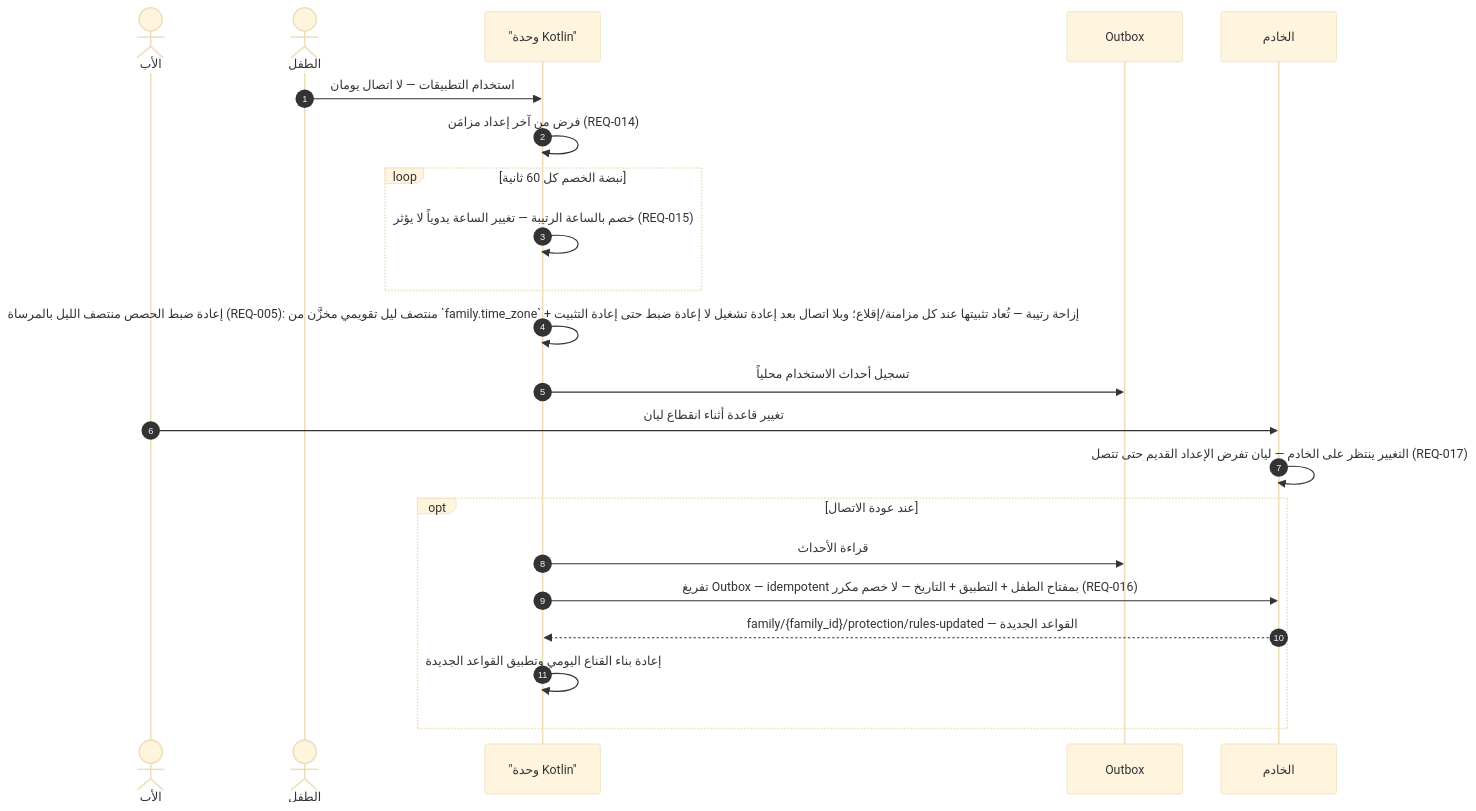
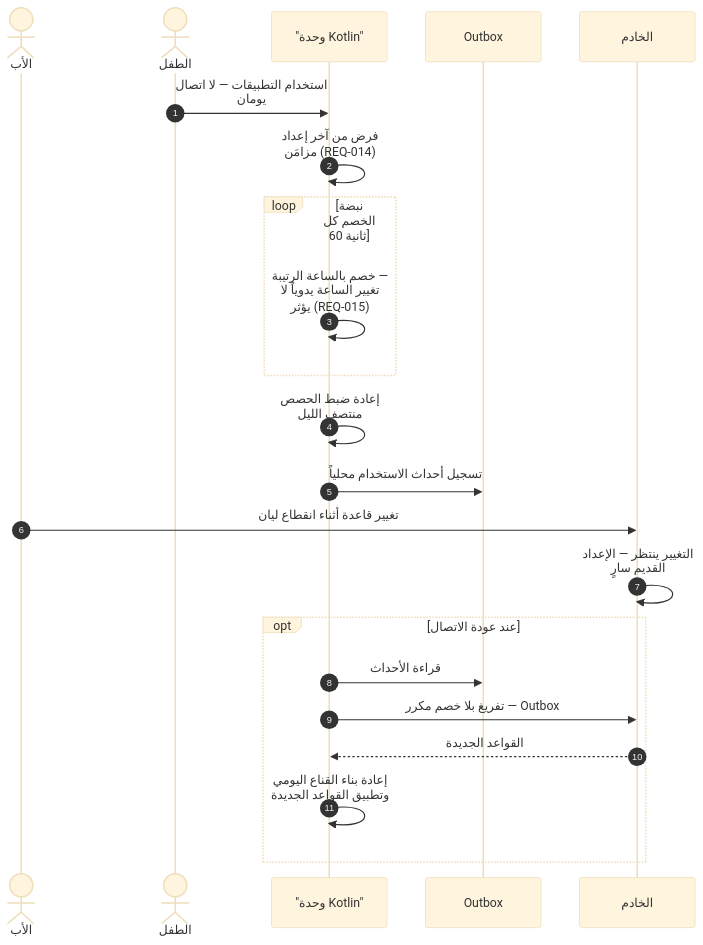
Before and after one commit to Bassam-mohammed-alqaeadi/family-os-v2: diagram 12 of 45 in docs/family-os/governance/phases/phase-1/S1-10-protection-and-enforcement/DIAGRAMS.md, drawn with Mermaid (base theme). The commit also changed other lines of this file, not shown here.

````diff
--- a/docs/family-os/governance/phases/phase-1/S1-10-protection-and-enforcement/DIAGRAMS.md
+++ b/docs/family-os/governance/phases/phase-1/S1-10-protection-and-enforcement/DIAGRAMS.md
@@ -604,24 +648,25 @@
 ```mermaid
+%%{init: {"sequence": {"wrap": true}}}%%
 sequenceDiagram
     autonumber
     actor Father as الأب
     actor Child as الطفل
     participant K as "وحدة Kotlin"
     participant OB as Outbox
     participant Ktor as الخادم
     Child->>K: استخدام التطبيقات — لا اتصال يومان
     K->>K: فرض من آخر إعداد مزامَن (REQ-014)
     loop نبضة الخصم كل 60 ثانية
         K->>K: خصم بالساعة الرتيبة — تغيير الساعة يدوياً لا يؤثر (REQ-015)
     end
-    K->>K: إعادة ضبط الحصص منتصف الليل بالمرساة (REQ-005): منتصف ليل تقويمي مخزَّن من `family.time_zone` + إزاحة رتيبة — تُعاد تثبيتها عند كل مزامنة/إقلاع؛ وبلا اتصال بعد إعادة تشغيل لا إعادة ضبط حتى إعادة التثبيت
+    K->>K: إعادة ضبط الحصص منتصف الليل
     K->>OB: تسجيل أحداث الاستخدام محلياً
     Father->>Ktor: تغيير قاعدة أثناء انقطاع ليان
-    Ktor->>Ktor: التغيير ينتظر على الخادم — ليان تفرض الإعداد القديم حتى تتصل (REQ-017)
+    Ktor->>Ktor: التغيير ينتظر — الإعداد القديم سارٍ
     opt عند عودة الاتصال
         K->>OB: قراءة الأحداث
-        K->>Ktor: تفريغ Outbox — idempotent بمفتاح الطفل + التطبيق + التاريخ — لا خصم مكرر (REQ-016)
-        Ktor-->>K: family/{family_id}/protection/rules-updated — القواعد الجديدة
+        K->>Ktor: تفريغ بلا خصم مكرر — Outbox
+        Ktor-->>K: القواعد الجديدة
         K->>K: إعادة بناء القناع اليومي وتطبيق القواعد الجديدة
     end
 ```
````
